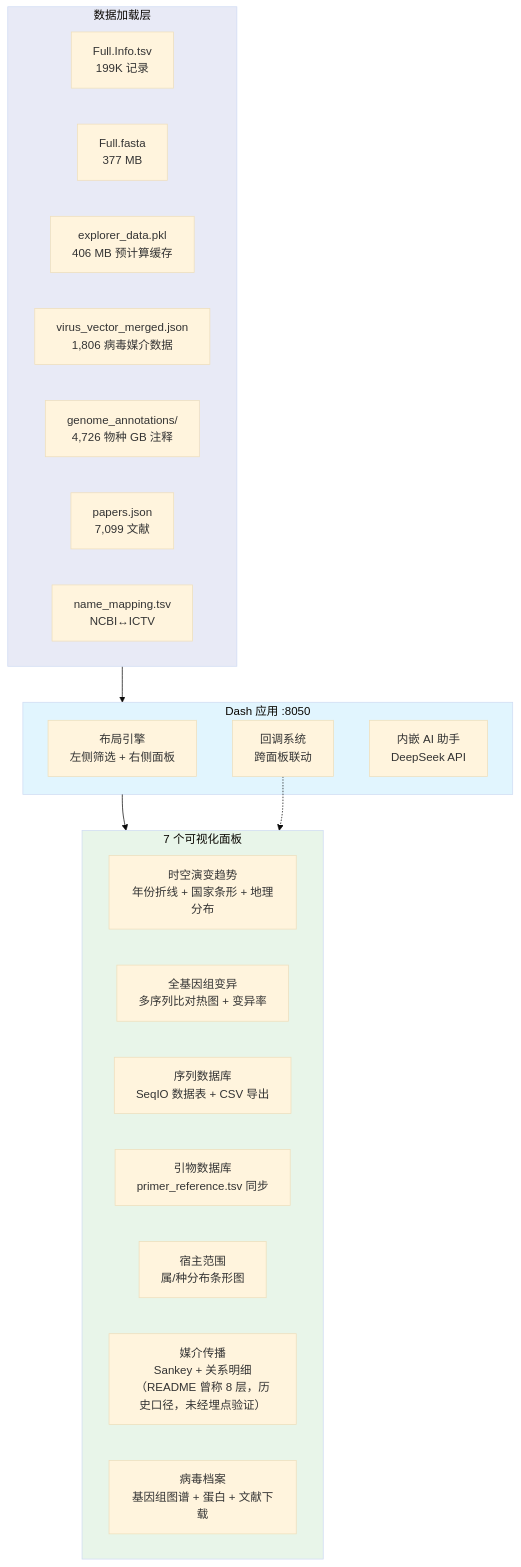
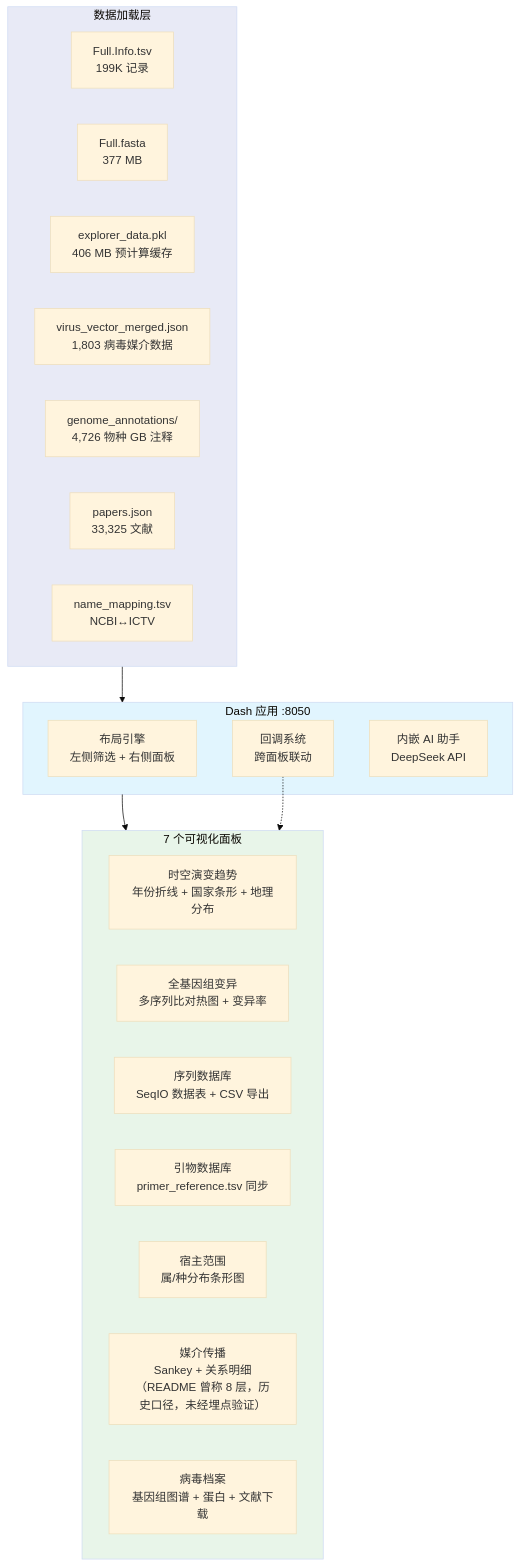
The first of 3 diagrams in 3.virus_explorer/README.md (zhangwenda0518/plant_virus_db_pipeline), drawn with Mermaid (base theme) before and after one commit. The commit also changed 22 other files, not shown here.

````diff
--- a/3.virus_explorer/README.md
+++ b/3.virus_explorer/README.md
@@ -11,36 +11,36 @@
 ```mermaid
 flowchart TB
     subgraph Data["数据加载层"]
         FULL["Full.Info.tsv<br/>199K 记录"]
         FASTA["Full.fasta<br/>377 MB"]
         CACHE["explorer_data.pkl<br/>406 MB 预计算缓存"]
-        VECTOR["virus_vector_merged.json<br/>1,806 病毒媒介数据"]
+        VECTOR["virus_vector_merged.json<br/>1,803 病毒媒介数据"]
         ANNO["genome_annotations/<br/>4,726 物种 GB 注释"]
-        PAPERS["papers.json<br/>7,099 文献"]
+        PAPERS["papers.json<br/>33,325 文献"]
         MAP["name_mapping.tsv<br/>NCBI↔ICTV"]
     end
 
     subgraph Dash["Dash 应用 :8050"]
         LAYOUT["布局引擎<br/>左侧筛选 + 右侧面板"]
         CALLBACKS["回调系统<br/>跨面板联动"]
         AI["内嵌 AI 助手<br/>DeepSeek API"]
     end
 
     subgraph Panels["7 个可视化面板"]
         P1["时空演变趋势<br/>年份折线 + 国家条形 + 地理分布"]
         P2["全基因组变异<br/>多序列比对热图 + 变异率"]
         P3["序列数据库<br/>SeqIO 数据表 + CSV 导出"]
         P4["引物数据库<br/>primer_reference.tsv 同步"]
         P5["宿主范围<br/>属/种分布条形图"]
         P6["媒介传播<br/>Sankey + 关系明细<br/>（README 曾称 8 层，历史口径，未经埋点验证）"]
         P7["病毒档案<br/>基因组图谱 + 蛋白 + 文献下载"]
     end
 
     Data --> Dash
     Dash --> Panels
     CALLBACKS -.-> Panels
 
     style Data fill:#e8eaf6
     style Dash fill:#e1f5fe
     style Panels fill:#e8f5e9
 ```
````
